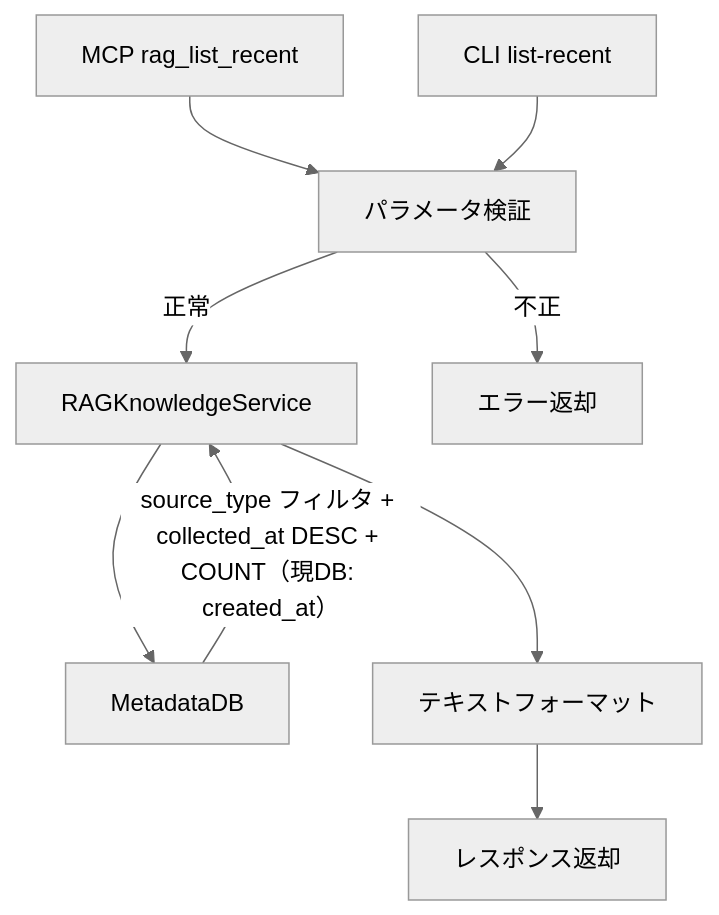
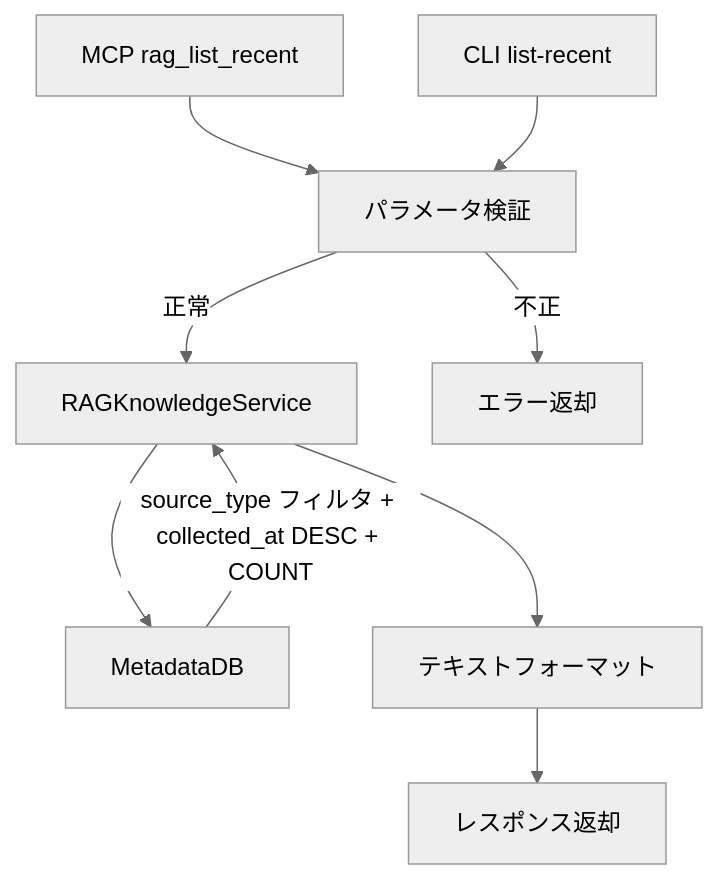
Before and after one commit to becky3/rag-knowledge: the diagram in docs/specs/infrastructure/content-listing.md, drawn with Mermaid (neutral theme). The commit also changed other lines of this file and 3 other files, not shown here.

Commit message:
docs(content-listing,source-store): MetadataDB の created_at を collected_at に統一 (#395)

````diff
--- a/docs/specs/infrastructure/content-listing.md
+++ b/docs/specs/infrastructure/content-listing.md
@@ -118,19 +118,19 @@
 ```mermaid
 flowchart TD
     MCP["MCP rag_list_recent"]
     CLI["CLI list-recent"]
     VALIDATE["パラメータ検証"]
     SERVICE["RAGKnowledgeService"]
     METADB["MetadataDB"]
     FORMAT["テキストフォーマット"]
     RESPONSE["レスポンス返却"]
 
     MCP --> VALIDATE
     CLI --> VALIDATE
     VALIDATE -->|不正| ERROR["エラー返却"]
     VALIDATE -->|正常| SERVICE
     SERVICE --> METADB
-    METADB -->|"source_type フィルタ + collected_at DESC + COUNT（現DB: created_at）"| SERVICE
+    METADB -->|"source_type フィルタ + collected_at DESC + COUNT"| SERVICE
     SERVICE --> FORMAT
     FORMAT --> RESPONSE
 ```
````
